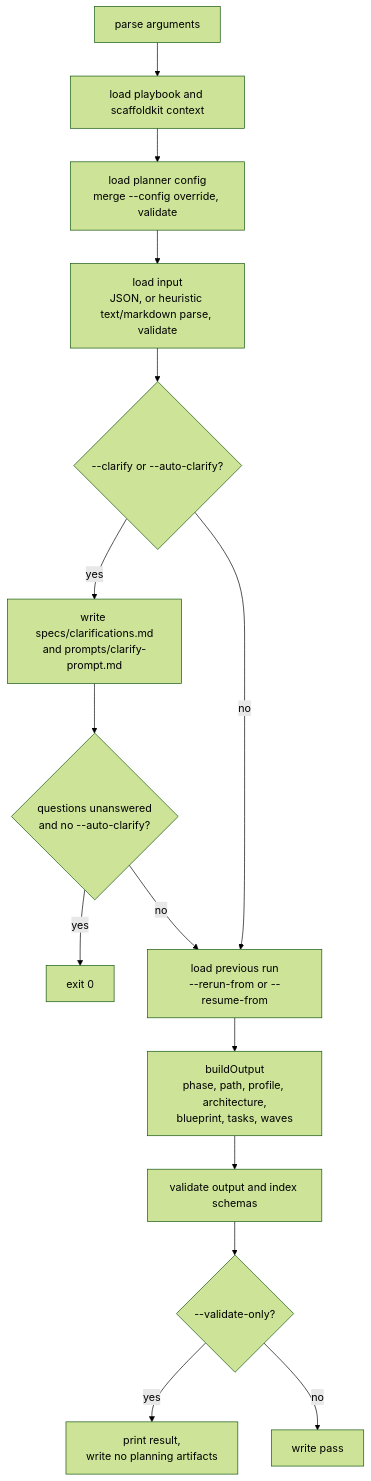
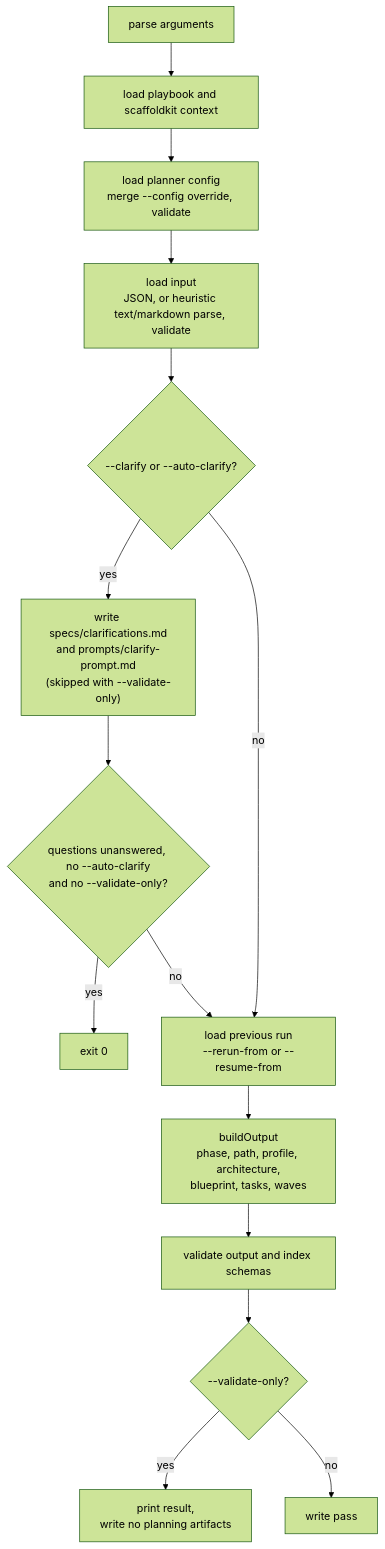
One commit to LanNguyenSi/agent-planforge changed the second of 3 diagrams in docs/architecture.md. Above: the diagram before and after it, drawn with Mermaid (forest theme). The commit also changed other lines of this file and 22 other files, not shown here.

First line of the commit message:
fix: playbook links, scaffoldkit SIGKILL escalation, validate-only and CLI/server strings (#131)

````diff
--- a/docs/architecture.md
+++ b/docs/architecture.md
@@ -50,17 +50,17 @@
 ```mermaid
 flowchart TD
   A["parse arguments"] --> B["load playbook and scaffoldkit context"]
   B --> C["load planner config<br/>merge --config override, validate"]
   C --> D["load input<br/>JSON, or heuristic text/markdown parse, validate"]
   D --> E{"--clarify or --auto-clarify?"}
-  E -->|"yes"| CW["write specs/clarifications.md<br/>and prompts/clarify-prompt.md"]
-  CW --> Q{"questions unanswered<br/>and no --auto-clarify?"}
+  E -->|"yes"| CW["write specs/clarifications.md<br/>and prompts/clarify-prompt.md<br/>(skipped with --validate-only)"]
+  CW --> Q{"questions unanswered, no --auto-clarify<br/>and no --validate-only?"}
   Q -->|"yes"| STOP["exit 0"]
   E -->|"no"| F["load previous run<br/>--rerun-from or --resume-from"]
   Q -->|"no"| F
   F --> G["buildOutput<br/>phase, path, profile, architecture,<br/>blueprint, tasks, waves"]
   G --> H["validate output and index schemas"]
   H --> I{"--validate-only?"}
   I -->|"yes"| EXIT["print result,<br/>write no planning artifacts"]
   I -->|"no"| W["write pass"]
 ```
````
